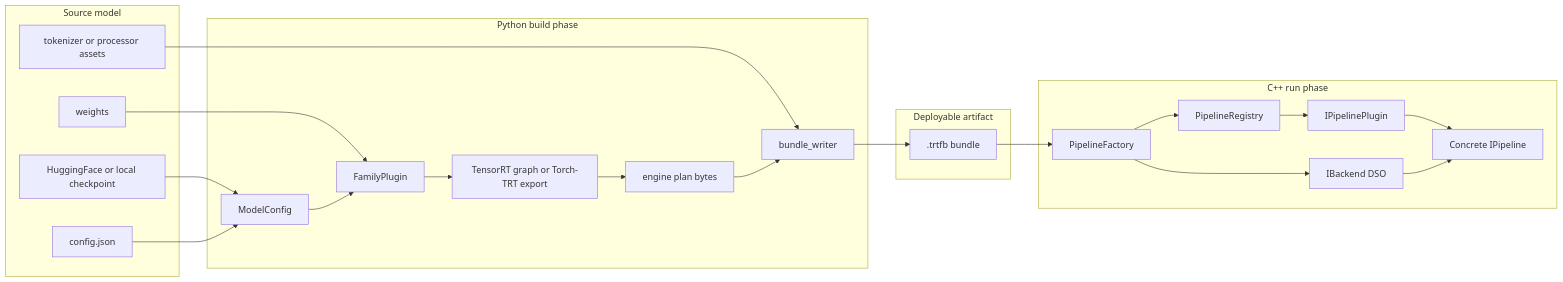
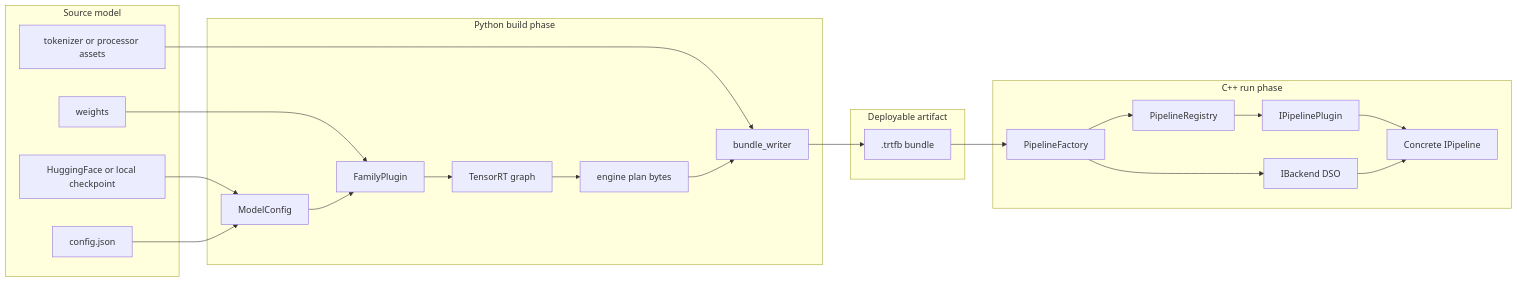
The first of 6 diagrams in website/docs/architecture/overview.md (AbishekCoder1/TensorRT-Model-Connect), drawn with Mermaid before and after one commit. The commit also changed other lines of this file and 145 other files, not shown here.

First line of the commit message:
build(trt): remove Torch-TRT backend (#227)

````diff
--- a/website/docs/architecture/overview.md
+++ b/website/docs/architecture/overview.md
@@ -30,45 +30,45 @@
 ```mermaid
 flowchart LR
   subgraph Source["Source model"]
     HF["HuggingFace or local checkpoint"]
     HFConfig["config.json"]
     HFWeights["weights"]
     HFTokenizer["tokenizer or processor assets"]
   end
 
   subgraph Builder["Python build phase"]
     MC["ModelConfig"]
     Family["FamilyPlugin"]
-    Graph["TensorRT graph or Torch-TRT export"]
+    Graph["TensorRT graph"]
     Plans["engine plan bytes"]
     Writer["bundle_writer"]
   end
 
   subgraph Artifact["Deployable artifact"]
     Bundle[".trtfb bundle"]
   end
 
   subgraph Runtime["C++ run phase"]
     Factory["PipelineFactory"]
     Registry["PipelineRegistry"]
     Plugin["IPipelinePlugin"]
     Backend["IBackend DSO"]
     Pipeline["Concrete IPipeline"]
   end
 
   HF --> MC
   HFConfig --> MC
   HFWeights --> Family
   HFTokenizer --> Writer
   MC --> Family
   Family --> Graph
   Graph --> Plans
   Plans --> Writer
   Writer --> Bundle
   Bundle --> Factory
   Factory --> Registry
   Registry --> Plugin
   Factory --> Backend
   Plugin --> Pipeline
   Backend --> Pipeline
 ```
````
